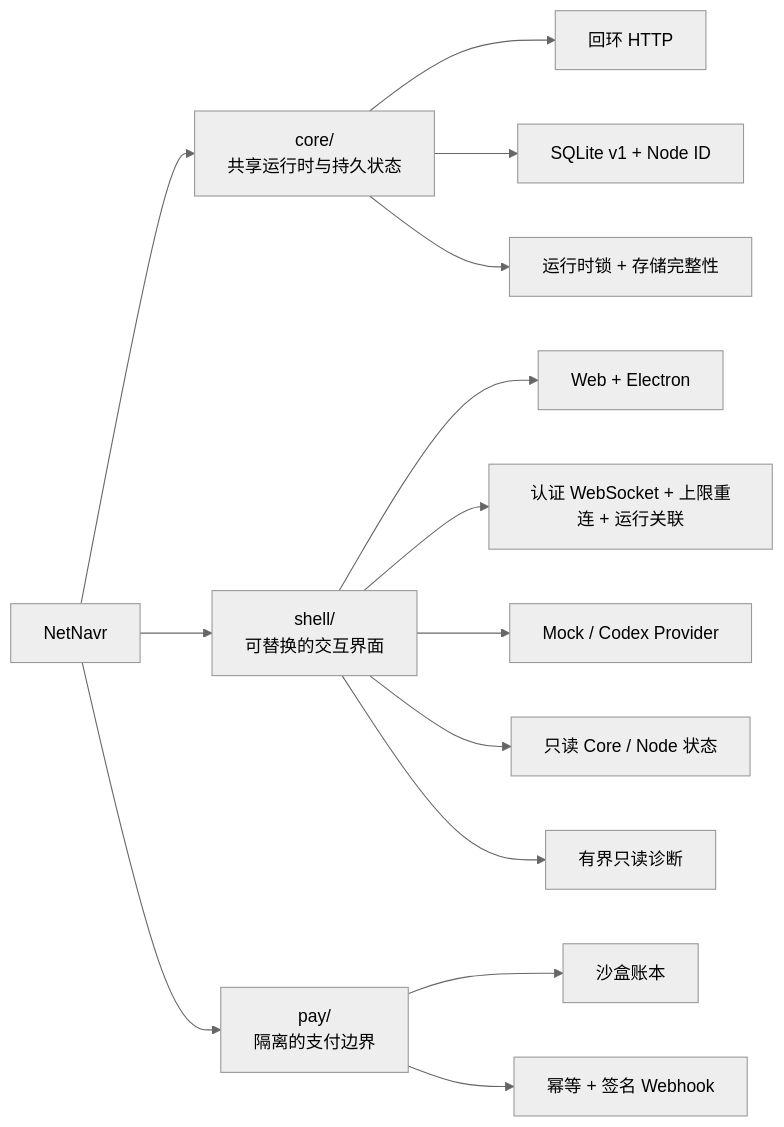
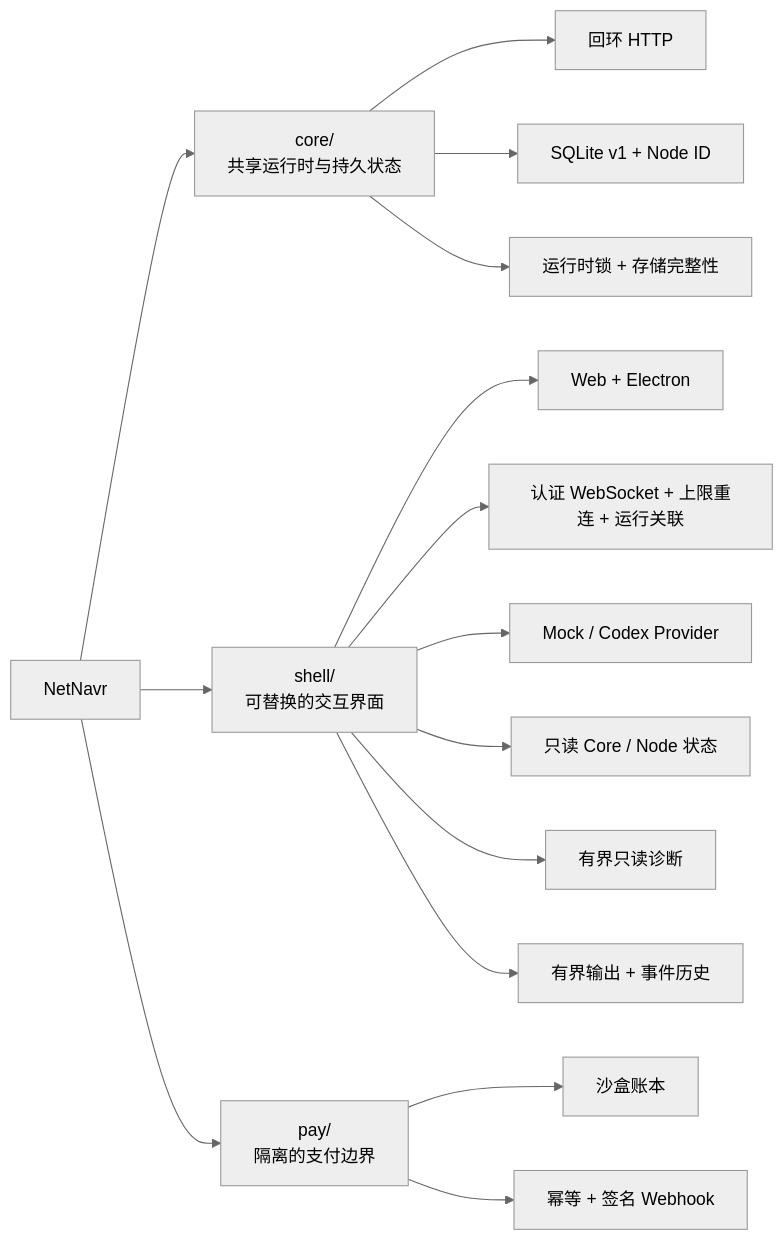
The diagram in README.zh-CN.md (PM100Fun/NetNavr), drawn with Mermaid (neutral theme) before and after one commit. The commit also changed other lines of this file and 5 other files, not shown here.

````diff
--- a/README.zh-CN.md
+++ b/README.zh-CN.md
@@ -116,19 +117,20 @@
 ```mermaid
 flowchart LR
     R["NetNavr"] --> C["core/<br/>共享运行时与持久状态"]
     R --> S["shell/<br/>可替换的交互界面"]
     R --> P["pay/<br/>隔离的支付边界"]
 
     C --> C1["回环 HTTP"]
     C --> C2["SQLite v1 + Node ID"]
     C --> C3["运行时锁 + 存储完整性"]
 
     S --> S1["Web + Electron"]
     S --> S2["认证 WebSocket + 上限重连 + 运行关联"]
     S --> S3["Mock / Codex Provider"]
     S --> S4["只读 Core / Node 状态"]
     S --> S5["有界只读诊断"]
+    S --> S6["有界输出 + 事件历史"]
 
     P --> P1["沙盒账本"]
     P --> P2["幂等 + 签名 Webhook"]
 ```
````
